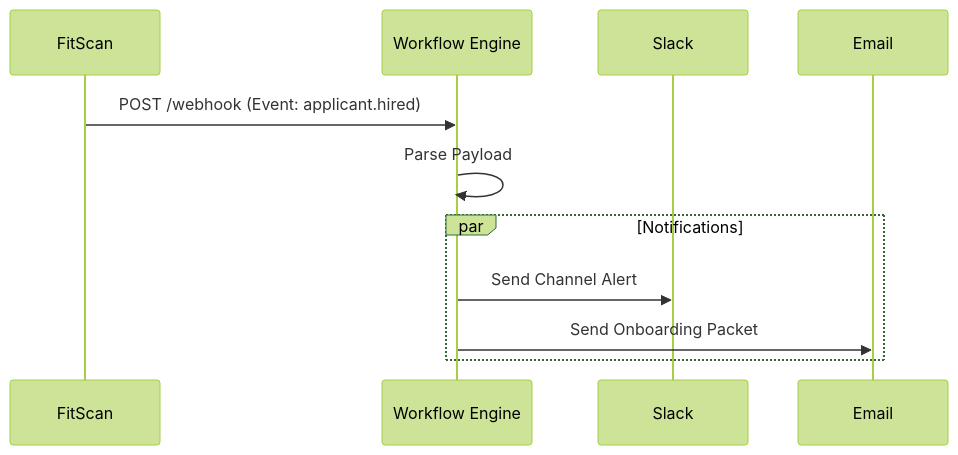
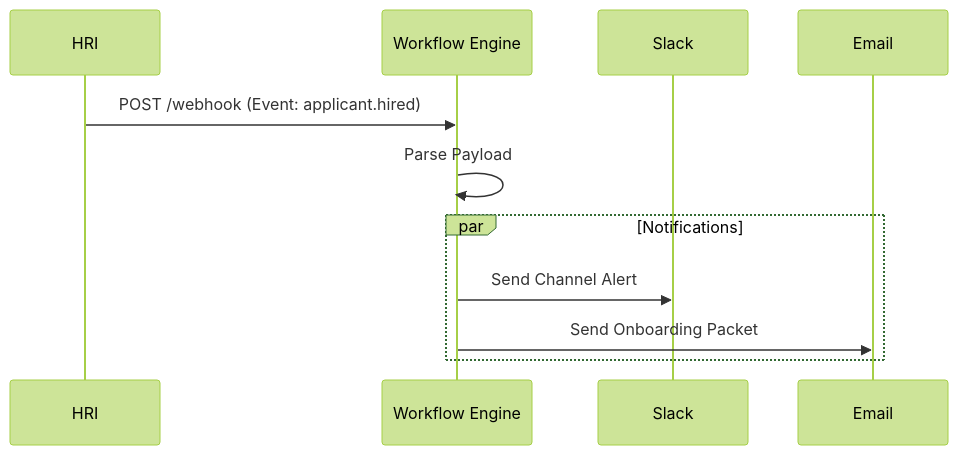
The diagram in docs/manuals/tech/Integrations.md (poojaroonwit/studio), drawn with Mermaid (forest theme) before and after one commit. The commit also changed other lines of this file and 119 other files, not shown here.

````diff
--- a/docs/manuals/tech/Integrations.md
+++ b/docs/manuals/tech/Integrations.md
@@ -25,14 +25,14 @@
 ```mermaid
 sequenceDiagram
-    participant FitScan
+    participant HRI
     participant N8N as Workflow Engine
     participant Slack
     participant Email
 
-    FitScan->>N8N: POST /webhook (Event: applicant.hired)
+    HRI->>N8N: POST /webhook (Event: applicant.hired)
     N8N->>N8N: Parse Payload
     par Notifications
         N8N->>Slack: Send Channel Alert
         N8N->>Email: Send Onboarding Packet
     end
 ```
````
